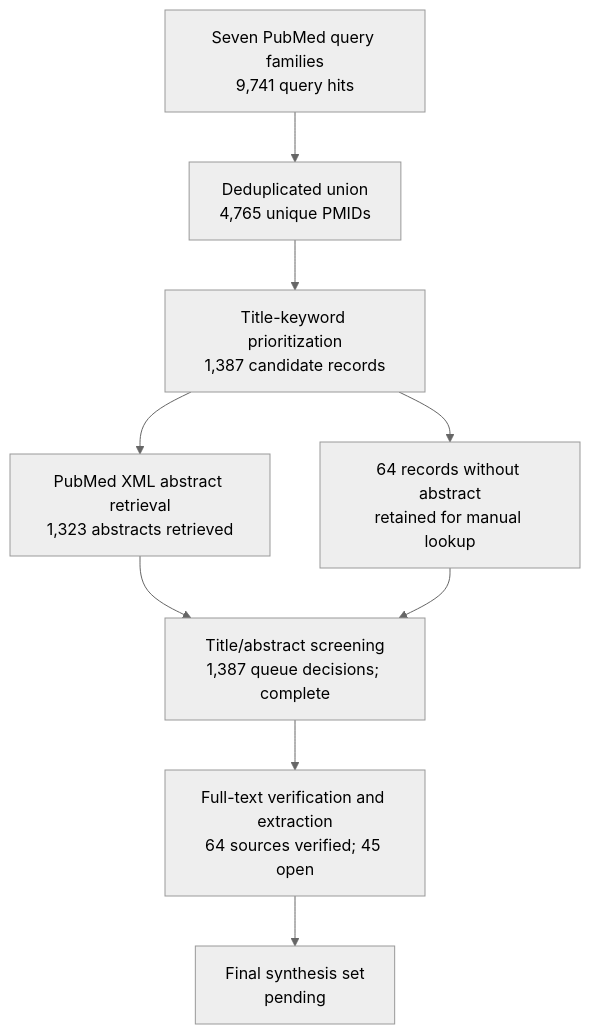
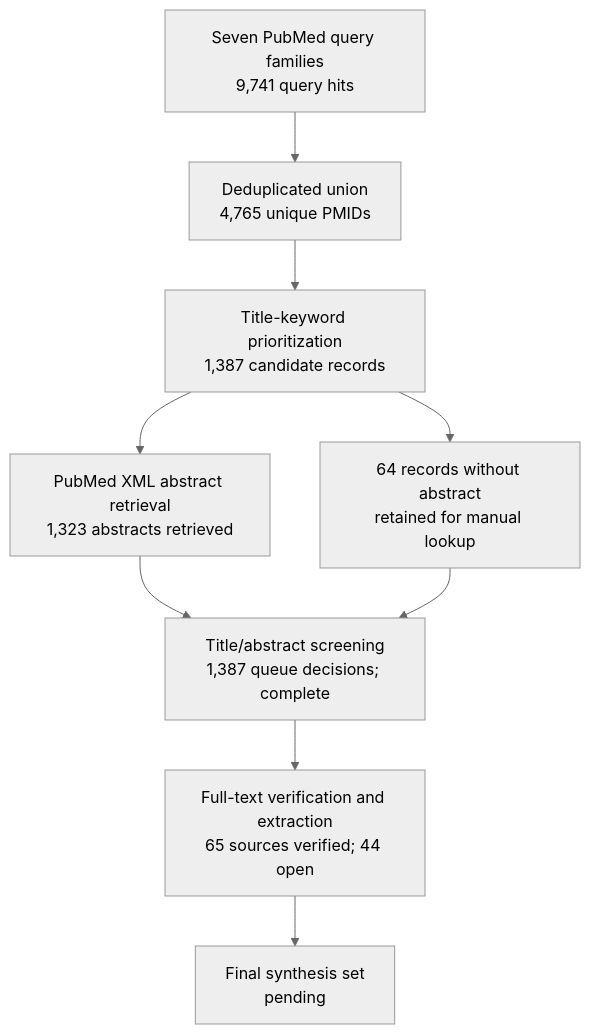
One commit to dcmcshan/artemisia changed the diagram in manuscript/review-flow.md. Above: the diagram before and after it, drawn with Mermaid (neutral theme). The commit also changed other lines of this file and 14 other files, not shown here.

````diff
--- a/manuscript/review-flow.md
+++ b/manuscript/review-flow.md
@@ -5,11 +5,11 @@
 ```mermaid
 flowchart TB
   Q[Seven PubMed query families<br/>9,741 query hits] --> U[Deduplicated union<br/>4,765 unique PMIDs]
   U --> T[Title-keyword prioritization<br/>1,387 candidate records]
   T --> A[PubMed XML abstract retrieval<br/>1,323 abstracts retrieved]
   T --> N[64 records without abstract<br/>retained for manual lookup]
   A --> M[Title/abstract screening<br/>1,387 queue decisions; complete]
   N --> M
-  M --> F[Full-text verification and extraction<br/>64 sources verified; 45 open]
+  M --> F[Full-text verification and extraction<br/>65 sources verified; 44 open]
   F --> S[Final synthesis set<br/>pending]
 ```
````
